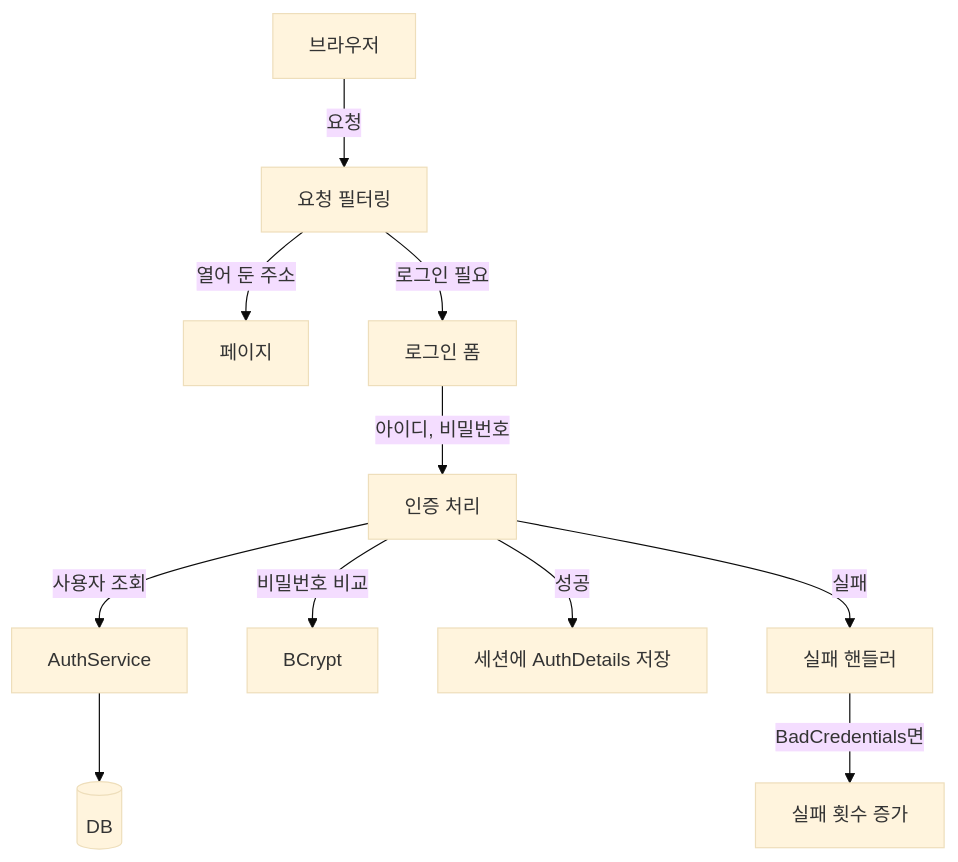
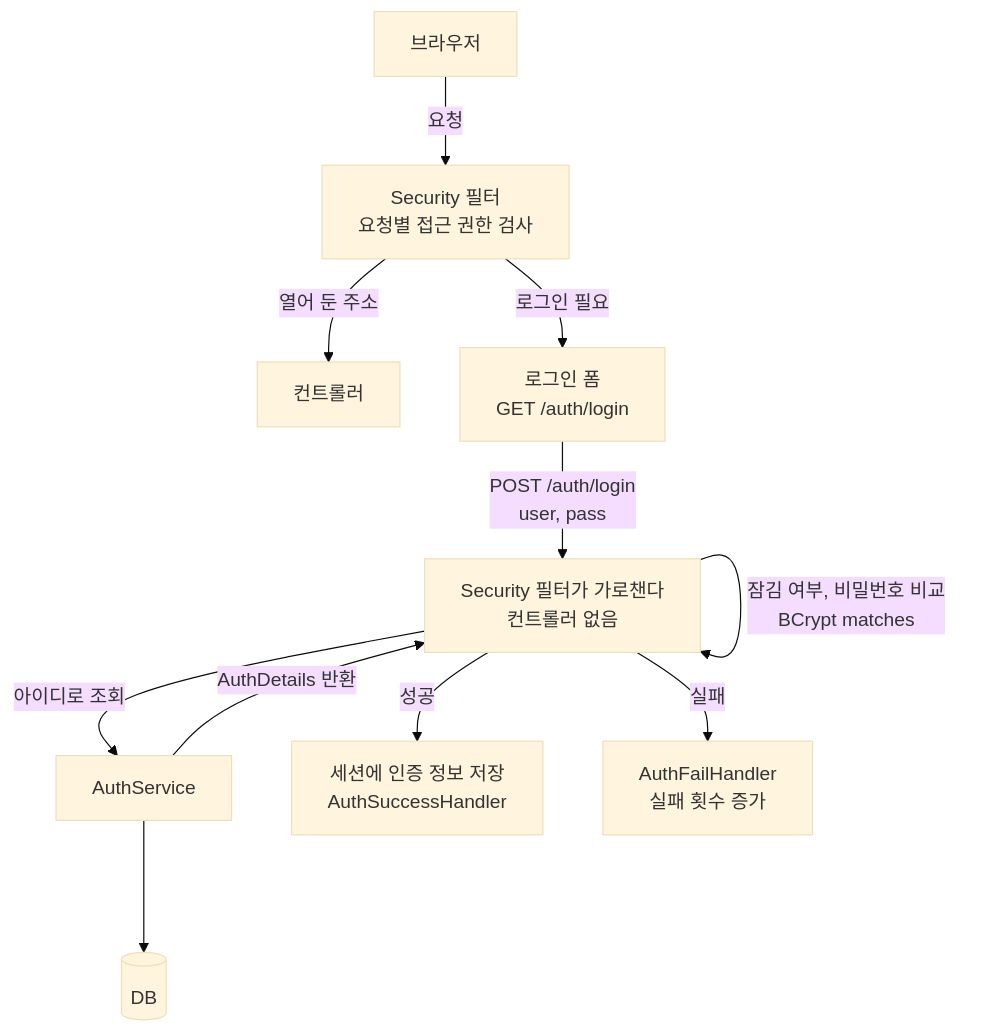
One commit to JHee0209/my-blog changed the first of 3 diagrams in _posts/2026-11-06-spring-security-login.md. Above: the diagram before and after it, drawn with Mermaid (base theme). The commit also changed other lines of this file, not shown here.

````diff
--- a/_posts/2026-11-06-spring-security-login.md
+++ b/_posts/2026-11-06-spring-security-login.md
@@ -52,13 +123,13 @@
 ```mermaid
 flowchart TD
-    A[브라우저] -->|요청| B[요청 필터링]
-    B -->|열어 둔 주소| P[페이지]
-    B -->|로그인 필요| L[로그인 폼]
-    L -->|아이디, 비밀번호| C[인증 처리]
-    C -->|사용자 조회| D[AuthService]
+    A[브라우저] -->|요청| B["Security 필터<br/>요청별 접근 권한 검사"]
+    B -->|열어 둔 주소| P[컨트롤러]
+    B -->|로그인 필요| L["로그인 폼<br/>GET /auth/login"]
+    L -->|"POST /auth/login<br/>user, pass"| C["Security 필터가 가로챈다<br/>컨트롤러 없음"]
+    C -->|아이디로 조회| D[AuthService]
     D --> E[(DB)]
-    C -->|비밀번호 비교| F[BCrypt]
-    C -->|성공| G[세션에 AuthDetails 저장]
-    C -->|실패| H[실패 핸들러]
-    H -->|BadCredentials면| I[실패 횟수 증가]
+    D -->|AuthDetails 반환| C
+    C -->|"잠김 여부, 비밀번호 비교<br/>BCrypt matches"| C
+    C -->|성공| G["세션에 인증 정보 저장<br/>AuthSuccessHandler"]
+    C -->|실패| H["AuthFailHandler<br/>실패 횟수 증가"]
 ```
````
